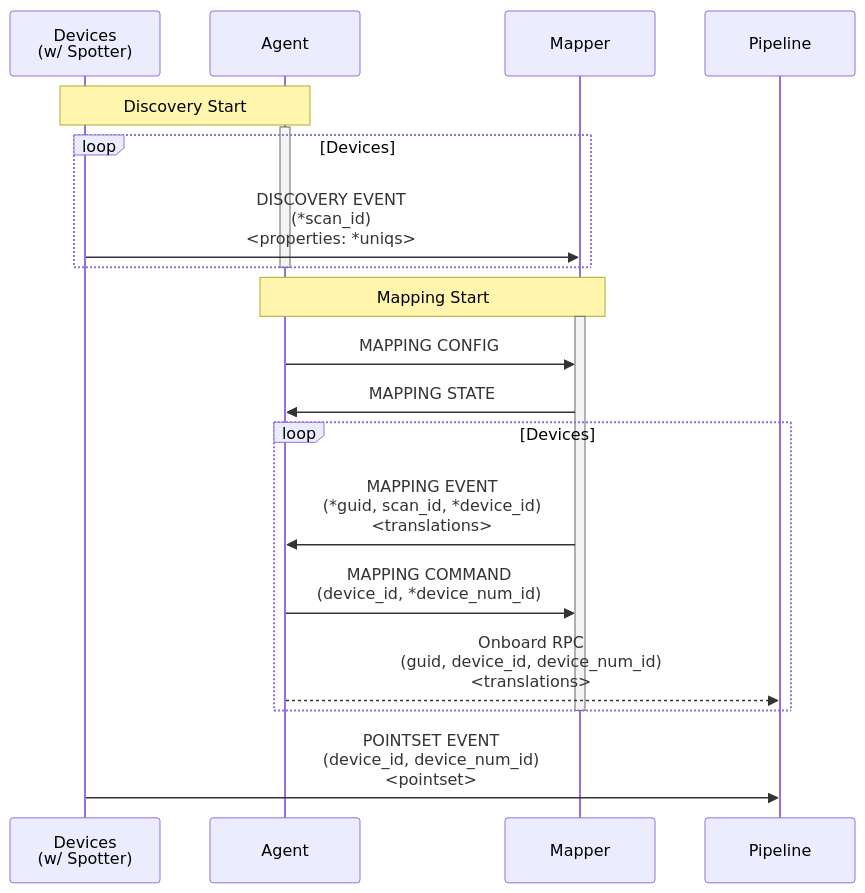
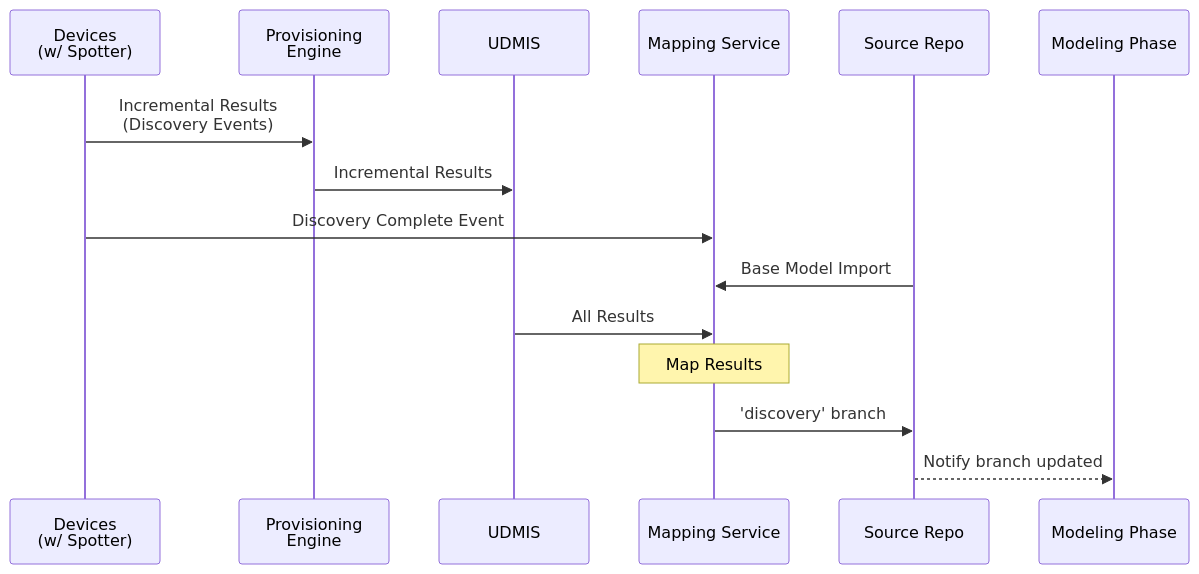
The diagram in docs/specs/mapping.md (faucetsdn/udmi), drawn with Mermaid before and after one commit. The commit also changed other lines of this file and 4 other files, not shown here.

Commit message:
update discovery and mapping documentation (#1167)

````diff
--- a/docs/specs/mapping.md
+++ b/docs/specs/mapping.md
@@ -24,25 +25,18 @@
 ```mermaid
 sequenceDiagram
   %%{wrap}%%
   participant Devices as Devices<br/>(w/ Spotter)
-  participant Agent
-  participant Mapper
-  participant Pipeline
-  Note over Devices, Agent: Discovery Start
-  activate Agent
-  loop Devices
-    Devices->>Mapper: DISCOVERY EVENT<br/>(*scan_id)<br/><properties: *uniqs>
-  end
-  deactivate Agent
-  Note over Agent, Mapper: Mapping Start
-  activate Mapper
-  Agent->>Mapper: MAPPING CONFIG
-  Mapper->>Agent: MAPPING STATE
-  loop Devices
-    Mapper->>Agent: MAPPING EVENT<br/>(*guid, scan_id, *device_id)<br/><translations>
-    Agent->>Mapper: MAPPING COMMAND<br/>(device_id, *device_num_id)
-    Agent-->>Pipeline: Onboard RPC<br/>(guid, device_id, device_num_id)<br/><translations>
-  end
-  deactivate Mapper
-  Devices->>Pipeline: POINTSET EVENT<br/>(device_id, device_num_id)<br/><pointset>
+  participant Provisioning Engine
+  participant UDMIS
+  participant Mapping Service
+  participant Source Repo 
+  participant Modeling Phase
+  Devices->>Provisioning Engine: Incremental Results<br/>(Discovery Events)
+  Provisioning Engine->>UDMIS: Incremental Results
+  Devices->>Mapping Service: Discovery Complete Event
+  Source Repo->>Mapping Service: Base Model Import
+  UDMIS->>Mapping Service: All Results
+  Note over Mapping Service: Map Results
+  Mapping Service->>Source Repo: 'discovery' branch
+  Source Repo-->>Modeling Phase: Notify branch updated
 ```
````
